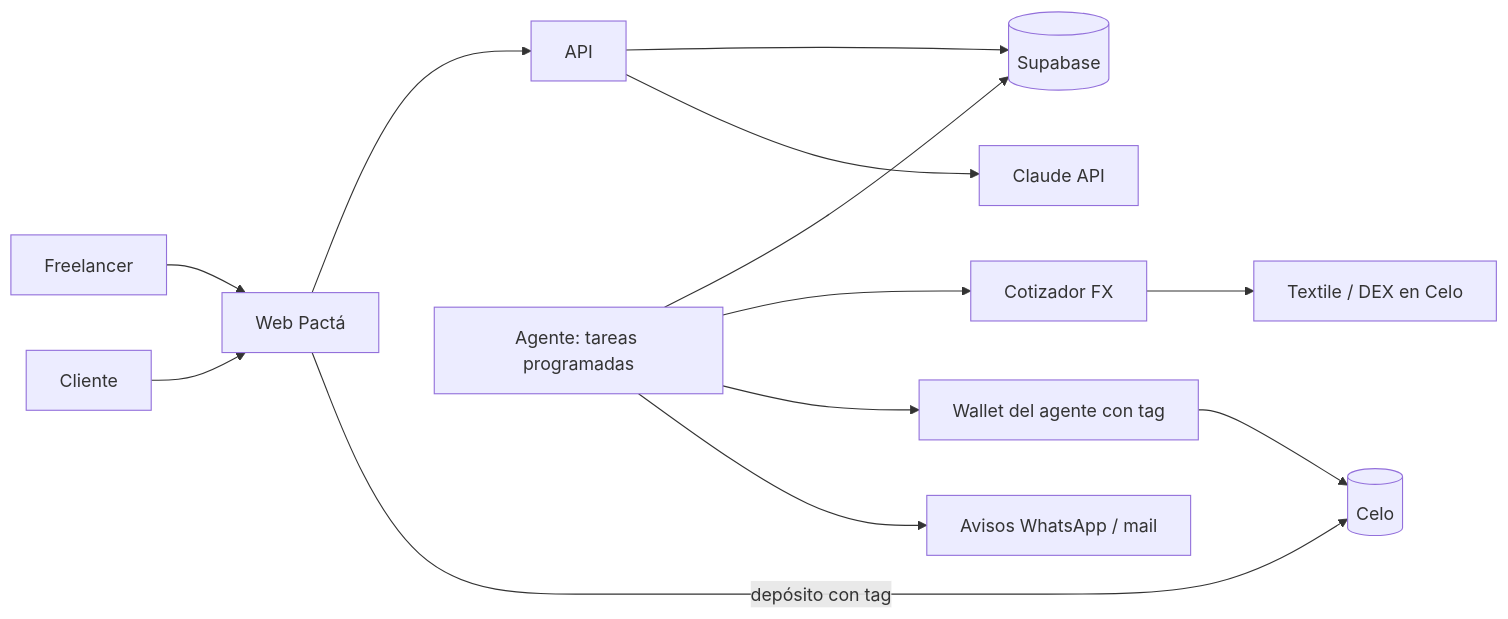
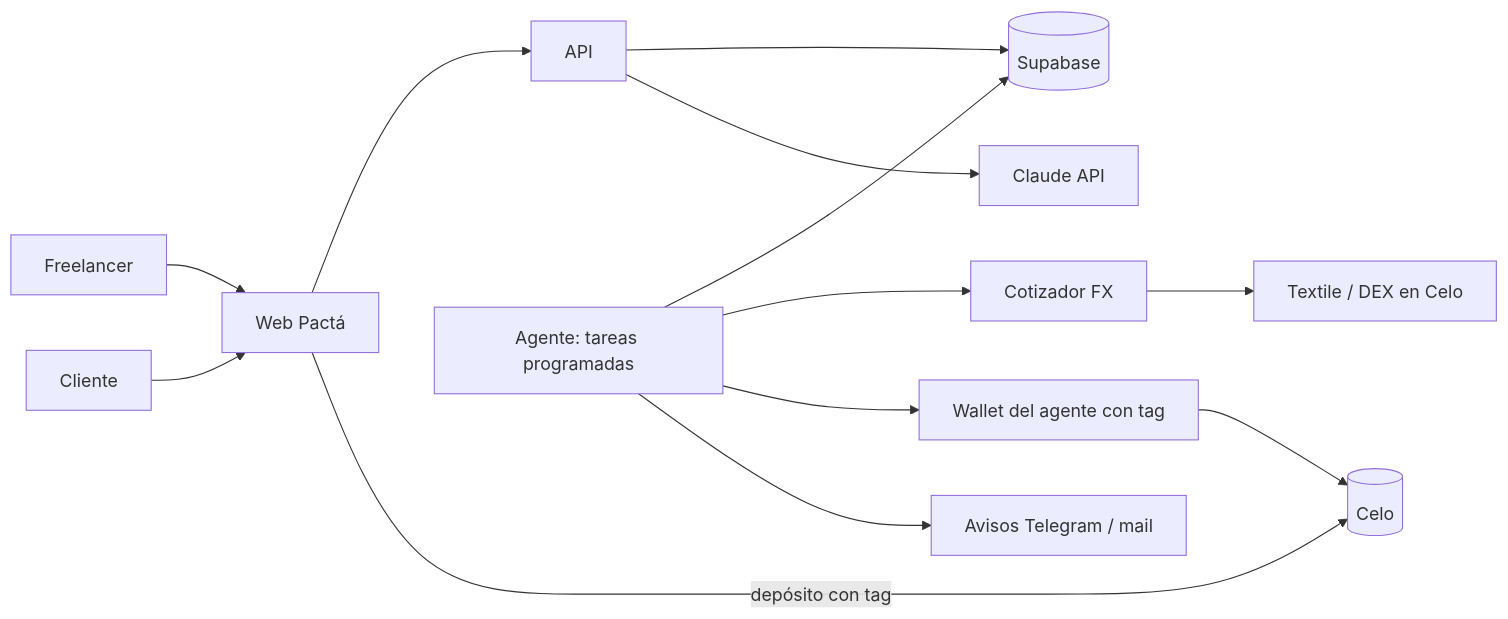
One commit to marianelavflora/pacta changed the second of 2 diagrams in docs/PLAN.md. Above: the diagram before and after it, drawn with Mermaid. The commit also changed other lines of this file and 12 other files, not shown here.

First line of the commit message:
PAC-09 y PAC-40: avisos por Telegram

````diff
--- a/docs/PLAN.md
+++ b/docs/PLAN.md
@@ -85,15 +85,15 @@
 ```mermaid
 flowchart LR
   F[Freelancer] --> W[Web Pactá]
   C[Cliente] --> W
   W --> API[API]
   API --> DB[(Supabase)]
   API --> IA[Claude API]
   AG[Agente: tareas programadas] --> DB
   AG --> FX[Cotizador FX]
   FX --> TX[Textile / DEX en Celo]
   AG --> WAL[Wallet del agente con tag]
   WAL --> CELO[(Celo)]
   W -- depósito con tag --> CELO
-  AG --> N[Avisos WhatsApp / mail]
+  AG --> N[Avisos Telegram / mail]
 ```
````
